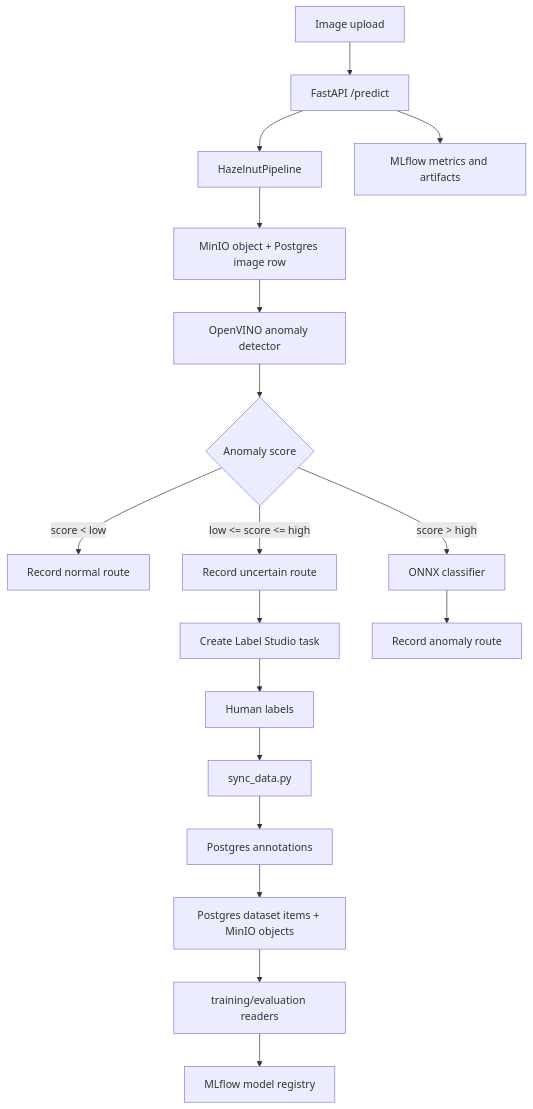
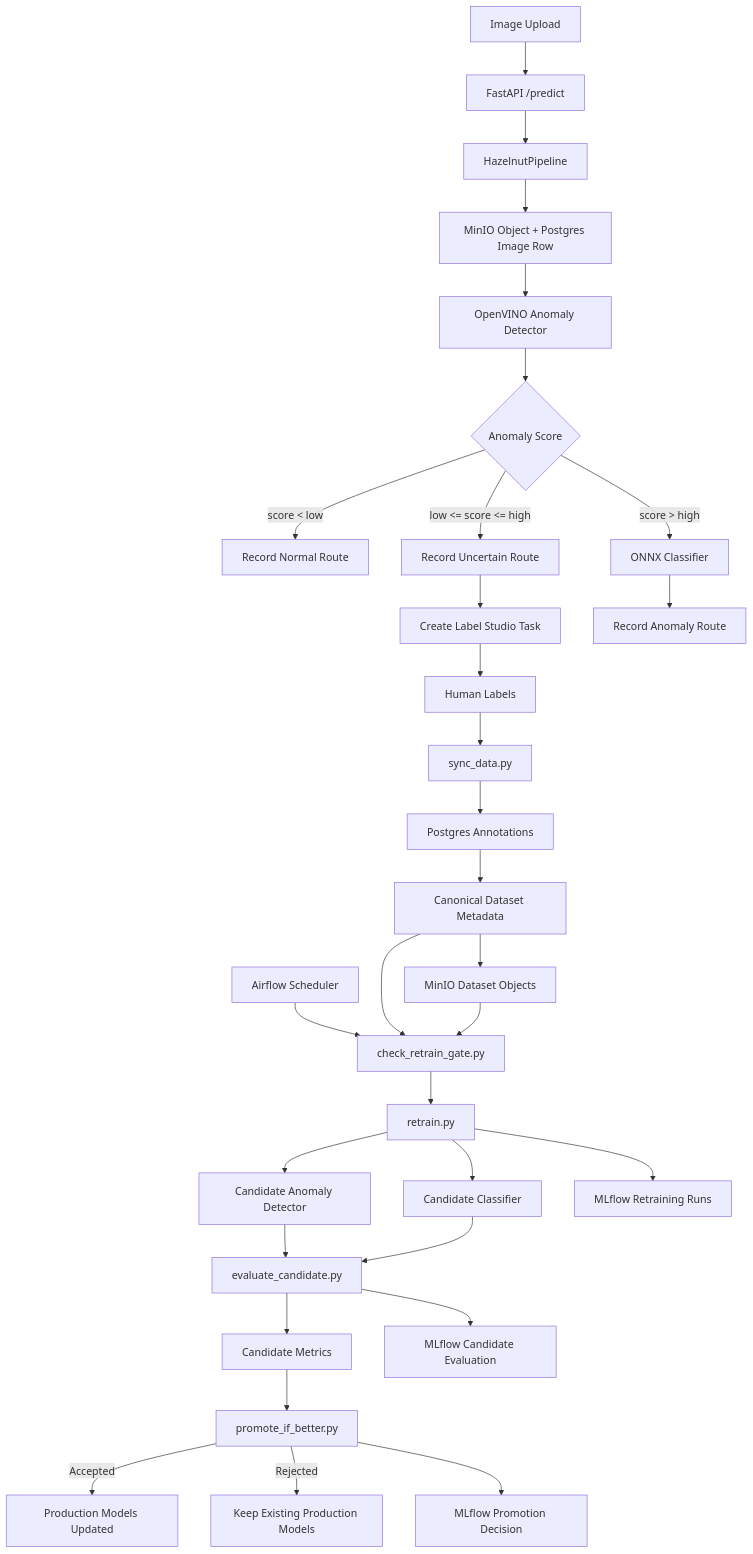
One commit to locluclak/Weird_Hazelnut_FullMLops changed the diagram in ARCHITECTURE.md. Above: the diagram before and after it, drawn with Mermaid. The commit also changed other lines of this file and 14 other files, not shown here.

````diff
--- a/ARCHITECTURE.md
+++ b/ARCHITECTURE.md
@@ -11,20 +16,52 @@
 ```mermaid
 flowchart TD
-    A[Image upload] --> B[FastAPI /predict]
+
+    A[Image Upload] --> B[FastAPI /predict]
     B --> C[HazelnutPipeline]
-    C --> S[MinIO object + Postgres image row]
-    S --> D[OpenVINO anomaly detector]
-    D --> E{Anomaly score}
-    E -->|score < low| F[Record normal route]
-    E -->|low <= score <= high| G[Record uncertain route]
-    G --> H[Create Label Studio task]
-    E -->|score > high| I[ONNX classifier]
-    I --> J[Record anomaly route]
-    B --> K[MLflow metrics and artifacts]
-    H --> L[Human labels]
-    L --> M[sync_data.py]
-    M --> Q[Postgres annotations]
-    Q --> N[Postgres dataset items + MinIO objects]
-    N --> O[training/evaluation readers]
-    O --> P[MLflow model registry]
+
+    C --> S[MinIO Object + Postgres Image Row]
+
+    S --> D[OpenVINO Anomaly Detector]
+
+    D --> E{Anomaly Score}
+
+    E -->|score < low| F[Record Normal Route]
+
+    E -->|low <= score <= high| G[Record Uncertain Route]
+    G --> H[Create Label Studio Task]
+
+    E -->|score > high| I[ONNX Classifier]
+    I --> J[Record Anomaly Route]
+
+    H --> K[Human Labels]
+
+    K --> L[sync_data.py]
+
+    L --> M[Postgres Annotations]
+    M --> N[Canonical Dataset Metadata]
+    N --> O[MinIO Dataset Objects]
+
+    P[Airflow Scheduler] --> Q[check_retrain_gate.py]
+
+    N --> Q
+    O --> Q
+
+    Q --> R[retrain.py]
+
+    R --> S1[Candidate Anomaly Detector]
+    R --> S2[Candidate Classifier]
+
+    S1 --> T[evaluate_candidate.py]
+    S2 --> T
+
+    T --> U[Candidate Metrics]
+
+    U --> V[promote_if_better.py]
+
+    V -->|Accepted| W[Production Models Updated]
+    V -->|Rejected| X[Keep Existing Production Models]
+
+    R --> Y[MLflow Retraining Runs]
+    T --> Z[MLflow Candidate Evaluation]
+    V --> AA[MLflow Promotion Decision]
 ```
````
